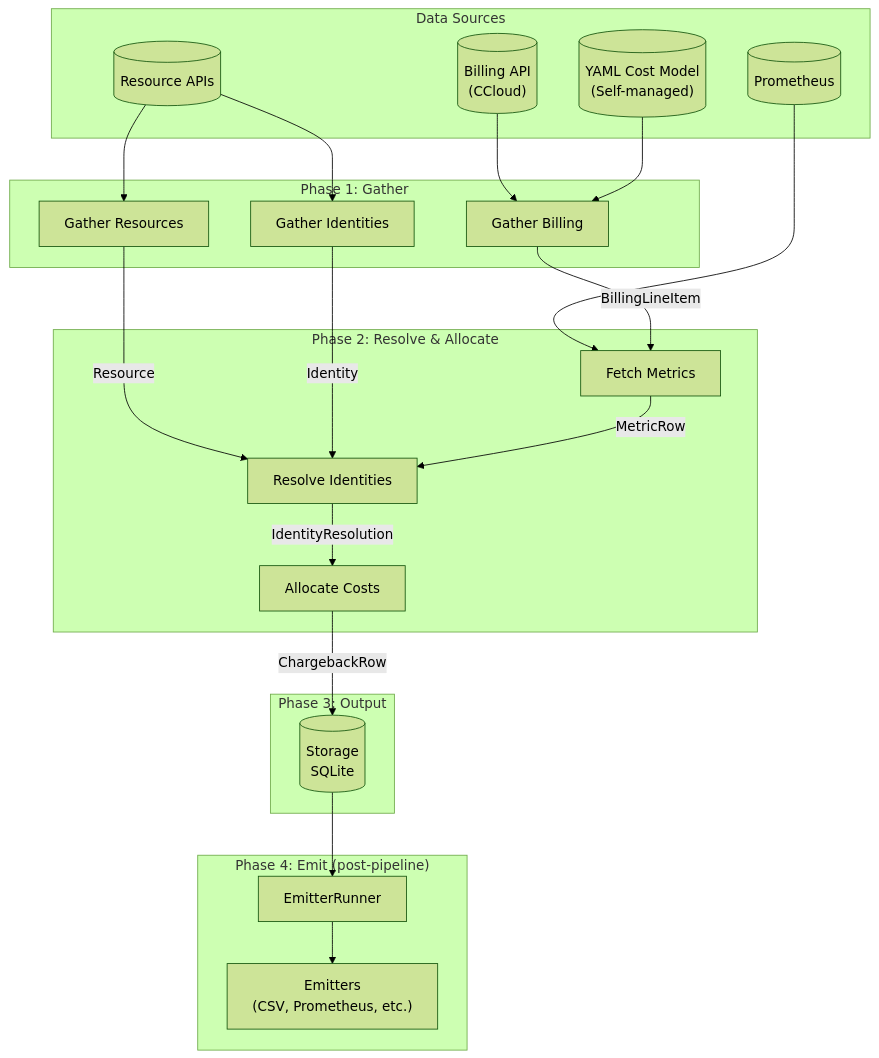
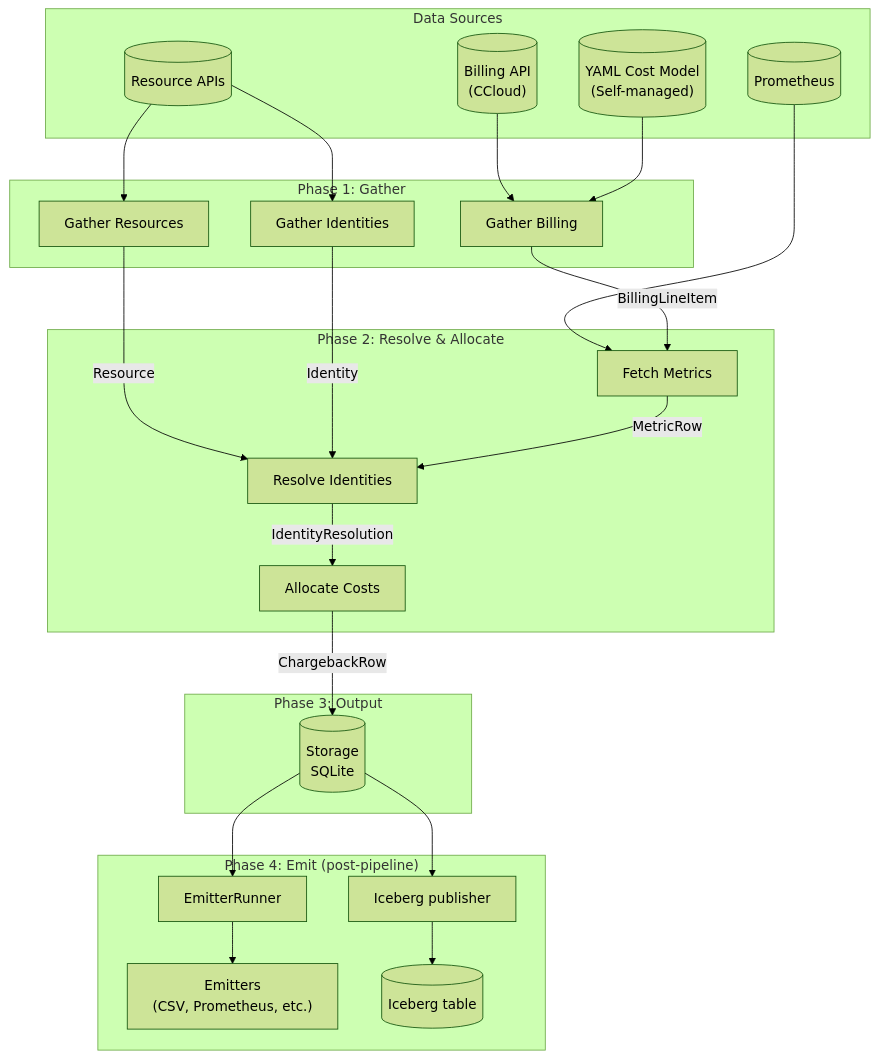
One commit to waliaabhishek/chitragupta changed the first of 3 diagrams in docs/architecture/data-flow.md. Above: the diagram before and after it, drawn with Mermaid (forest theme). The commit also changed other lines of this file and 56 other files, not shown here.

````diff
--- a/docs/architecture/data-flow.md
+++ b/docs/architecture/data-flow.md
@@ -5,45 +5,49 @@
 ```mermaid
 flowchart TD
     subgraph inputs["Data Sources"]
         BILLING[("Billing API<br/>(CCloud)")]
         YAML[("YAML Cost Model<br/>(Self-managed)")]
         PROM[("Prometheus")]
         API[("Resource APIs")]
     end
 
     subgraph gather["Phase 1: Gather"]
         G1["Gather Billing"]
         G2["Gather Resources"]
         G3["Gather Identities"]
     end
 
     subgraph resolve["Phase 2: Resolve & Allocate"]
         M["Fetch Metrics"]
         R["Resolve Identities"]
         A["Allocate Costs"]
     end
 
     subgraph output["Phase 3: Output"]
         DB[("Storage<br/>SQLite")]
     end
 
     subgraph emit["Phase 4: Emit (post-pipeline)"]
         ER["EmitterRunner"]
         E["Emitters<br/>(CSV, Prometheus, etc.)"]
+        ICE["Iceberg publisher"]
+        TABLE[("Iceberg table")]
     end
 
     BILLING --> G1
     YAML --> G1
     API --> G2
     API --> G3
     PROM --> M
 
     G1 --> |BillingLineItem| M
     G2 --> |Resource| R
     G3 --> |Identity| R
     M --> |MetricRow| R
     R --> |IdentityResolution| A
     A --> |ChargebackRow| DB
     DB --> ER
     ER --> E
+    DB --> ICE
+    ICE --> TABLE
 ```
````
